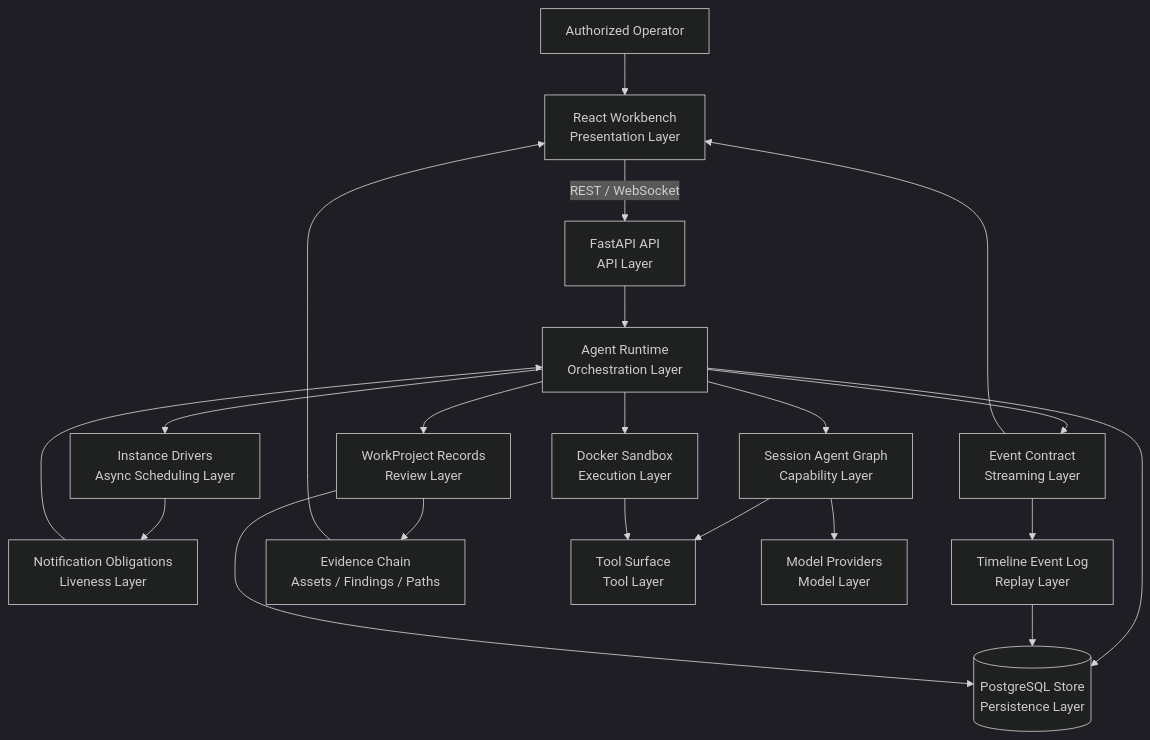
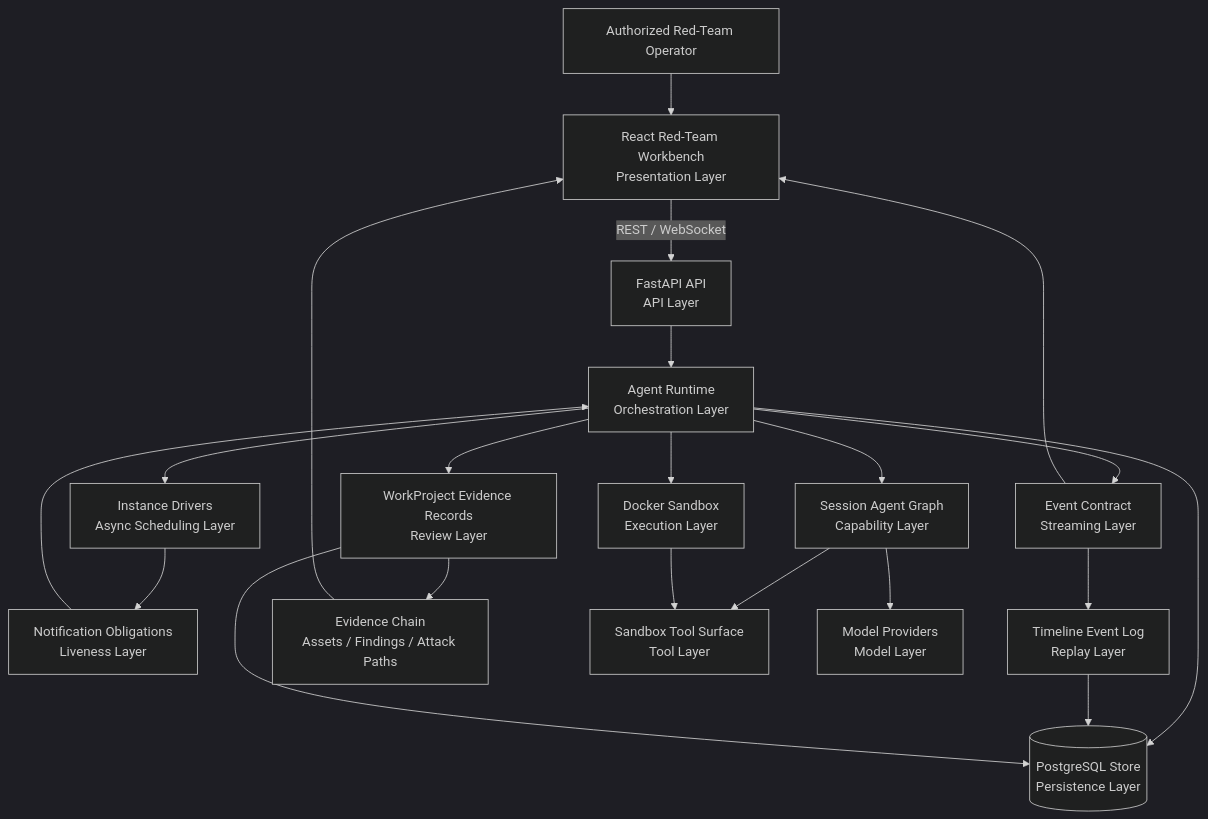
Before and after one commit to MolTau9527/Z3r0: the first of 7 diagrams in README.md, drawn with Mermaid (dark theme). The commit also changed other lines of this file and 4 other files, not shown here.

Commit message:
docs: Refine red-team positioning across README and landing page

````diff
--- a/README.md
+++ b/README.md
@@ -41,39 +43,39 @@
 ```mermaid
 flowchart TB
-  Operator["Authorized Operator"]
-  Workbench["React Workbench<br/>Presentation Layer"]
+  Operator["Authorized Red-Team Operator"]
+  Workbench["React Red-Team Workbench<br/>Presentation Layer"]
   API["FastAPI API<br/>API Layer"]
   Runtime["Agent Runtime<br/>Orchestration Layer"]
   Drivers["Instance Drivers<br/>Async Scheduling Layer"]
   Notifications["Notification Obligations<br/>Liveness Layer"]
   Graph["Session Agent Graph<br/>Capability Layer"]
   Timeline["Timeline Event Log<br/>Replay Layer"]
-  Record["WorkProject Records<br/>Review Layer"]
-  Evidence["Evidence Chain<br/>Assets / Findings / Paths"]
+  Record["WorkProject Evidence Records<br/>Review Layer"]
+  Evidence["Evidence Chain<br/>Assets / Findings / Attack Paths"]
   Sandbox["Docker Sandbox<br/>Execution Layer"]
-  Tools["Tool Surface<br/>Tool Layer"]
+  Tools["Sandbox Tool Surface<br/>Tool Layer"]
   Models["Model Providers<br/>Model Layer"]
   Events["Event Contract<br/>Streaming Layer"]
   Store[("PostgreSQL Store<br/>Persistence Layer")]
 
   Operator --> Workbench
   Workbench -->|REST / WebSocket| API
   API --> Runtime
   Runtime --> Drivers
   Runtime --> Graph
   Runtime --> Record
   Runtime --> Sandbox
   Runtime --> Events
   Runtime --> Store
   Drivers --> Notifications
   Notifications --> Runtime
   Events --> Timeline
   Timeline --> Store
   Graph --> Tools
   Graph --> Models
   Sandbox --> Tools
   Record --> Store
   Record --> Evidence
   Evidence --> Workbench
   Events --> Workbench
 ```
````
